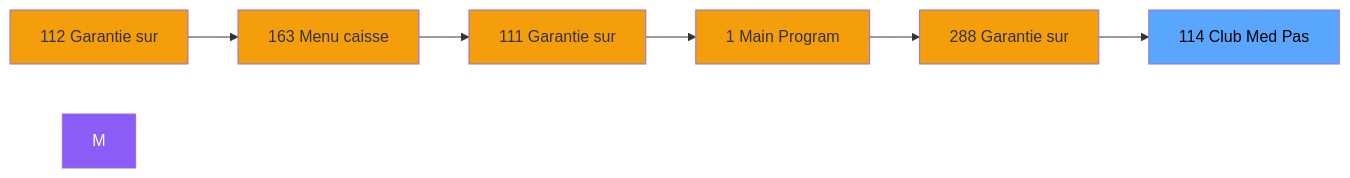
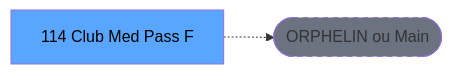
One commit to thonyAGP/lecteur-magic changed the second of 3 diagrams in .openspec/renders/ADH-IDE-114.md. Above: the diagram before and after it, drawn with Mermaid. The commit also changed other lines of this file and 701 other files, not shown here.

````diff
--- a/.openspec/renders/ADH-IDE-114.md
+++ b/.openspec/renders/ADH-IDE-114.md
@@ -127,21 +119,8 @@
 ```mermaid
 graph LR
-    N112[112 Garantie sur]
-    N163[163 Menu caisse ]
-    N111[111 Garantie sur]
-    N1[1 Main Program]
-    N288[288 Garantie sur]
-    T[114 Club Med Pas]
-    N112 --> N163
-    N163 --> N111
-    N111 --> N1
-    N1 --> N288
-    N288 --> T
-    style M fill:#8b5cf6,color:#fff
-    style N112 fill:#f59e0b
-    style N163 fill:#f59e0b
-    style N111 fill:#f59e0b
-    style N1 fill:#f59e0b
-    style N288 fill:#f59e0b
+    T[114 Club Med Pass F]
+    ORPHAN([ORPHELIN ou Main])
+    T -.-> ORPHAN
     style T fill:#58a6ff,color:#000
+    style ORPHAN fill:#6b7280,stroke-dasharray: 5 5
 ```
````
